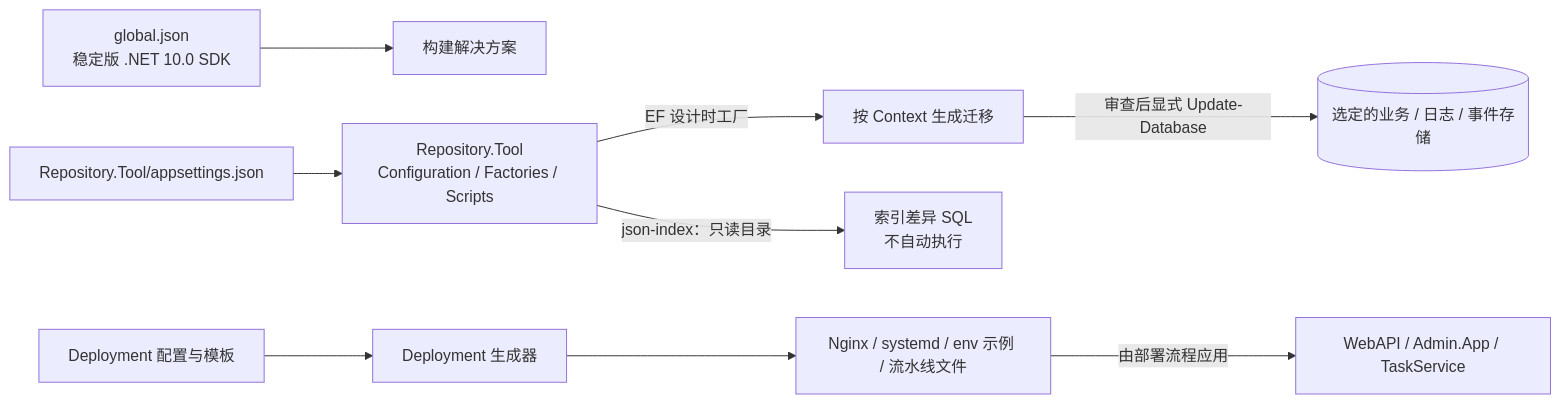
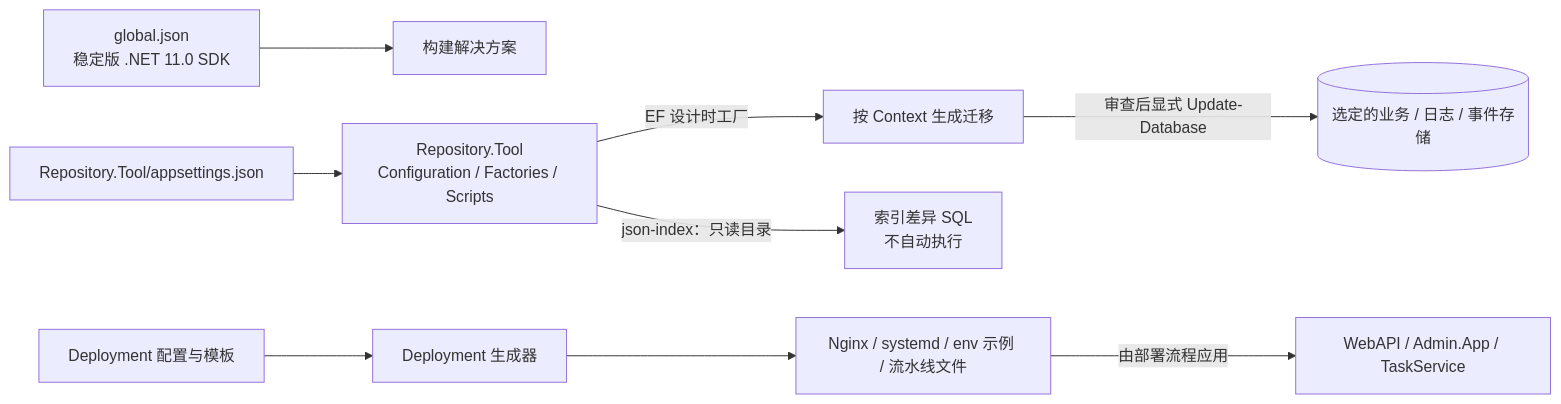
One commit to dashiell-zhang/NetEngine changed diagram 12 of 12 in Docs/ArchitectureDiagrams.md. Above: the diagram before and after it, drawn with Mermaid. The commit also changed 65 other files, not shown here.

Commit message:
build: update .net 11

````diff
--- a/Docs/ArchitectureDiagrams.md
+++ b/Docs/ArchitectureDiagrams.md
@@ -316,11 +316,11 @@
 ```mermaid
 flowchart LR
-    SDK["global.json<br/>稳定版 .NET 10.0 SDK"] --> Build["构建解决方案"]
+    SDK["global.json<br/>稳定版 .NET 11.0 SDK"] --> Build["构建解决方案"]
     Config["Repository.Tool/appsettings.json"] --> Tool["Repository.Tool<br/>Configuration / Factories / Scripts"]
     Tool -->|EF 设计时工厂| Migrations["按 Context 生成迁移"]
     Migrations -->|审查后显式 Update-Database| Database[("选定的业务 / 日志 / 事件存储")]
     Tool -->|json-index：只读目录| IndexDiff["索引差异 SQL<br/>不自动执行"]
     DeployInput["Deployment 配置与模板"] --> Deploy["Deployment 生成器"]
     Deploy --> Files["Nginx / systemd / env 示例 / 流水线文件"]
     Files -->|由部署流程应用| Hosts["WebAPI / Admin.App / TaskService"]
 ```
````
